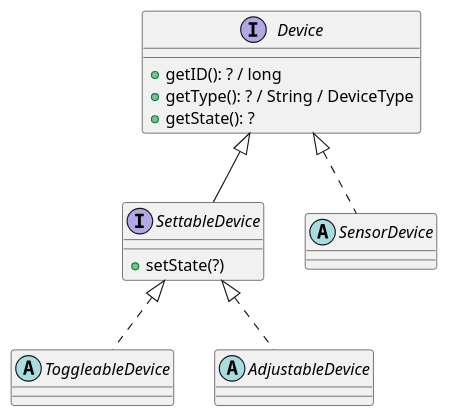
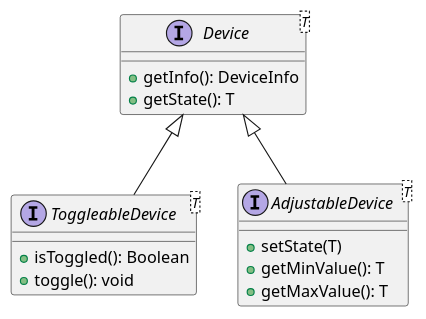
One commit to progetto-oop-22-23/OOP-report changed the diagram in uml/device.plantuml. Above: the diagram before and after it, drawn with PlantUML.

Commit message:
[uml] update device uml

```diff
--- a/uml/device.plantuml
+++ b/uml/device.plantuml
@@ -1,17 +1,19 @@
 @startuml
 
-interface Device {
-    + getID(): ? / long
-    + getType(): ? / String / DeviceType
-    + getState(): ?
+interface Device<T> {
+    + getInfo(): DeviceInfo
+    + getState(): T
 }
 
-interface SettableDevice extends Device {
-    + setState(?)
+interface ToggleableDevice<T> extends Device {
+	+ isToggled(): Boolean
+	+ toggle(): void
 }
 
-abstract SensorDevice implements Device {}
-abstract ToggleableDevice implements SettableDevice {}
-abstract AdjustableDevice implements SettableDevice {}
+interface AdjustableDevice<T> extends Device {
+	+ setState(T)
+	+ getMinValue(): T
+	+ getMaxValue(): T
+}
 
 @enduml
```
